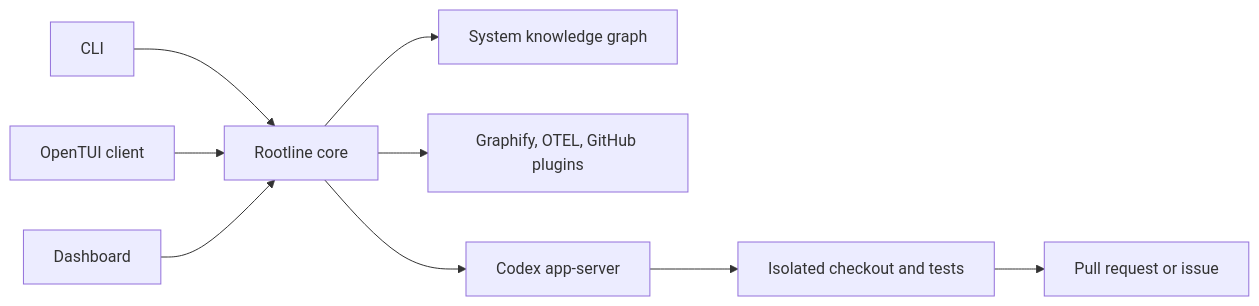
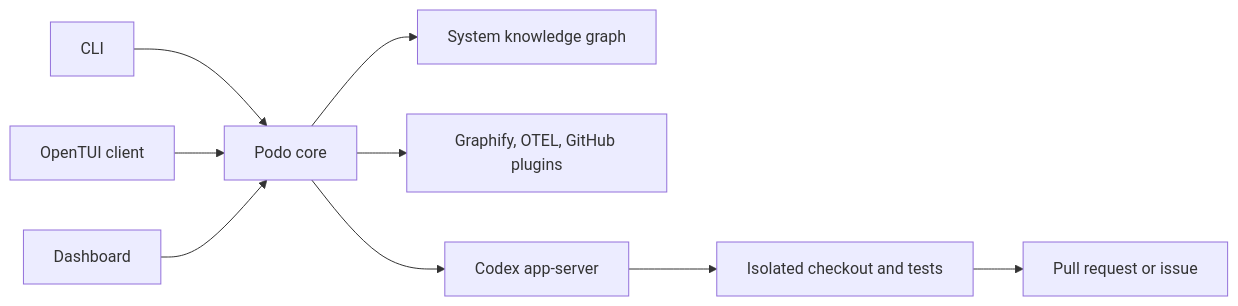
One commit to reseaxch/podo changed the diagram in README.md. Above: the diagram before and after it, drawn with Mermaid. The commit also changed other lines of this file and 100 other files, not shown here.

Commit message:
chore: rename Rootline to Podo

````diff
--- a/README.md
+++ b/README.md
@@ -23,11 +55,11 @@
 ```mermaid
 flowchart LR
-    CLI["CLI"] --> Core["Rootline core"]
+    CLI["CLI"] --> Core["Podo core"]
     TUI["OpenTUI client"] --> Core
     Dashboard["Dashboard"] --> Core
     Core --> Graph["System knowledge graph"]
     Core --> Plugins["Graphify, OTEL, GitHub plugins"]
     Core --> Codex["Codex app-server"]
     Codex --> Sandbox["Isolated checkout and tests"]
     Sandbox --> Delivery["Pull request or issue"]
 ```
````
